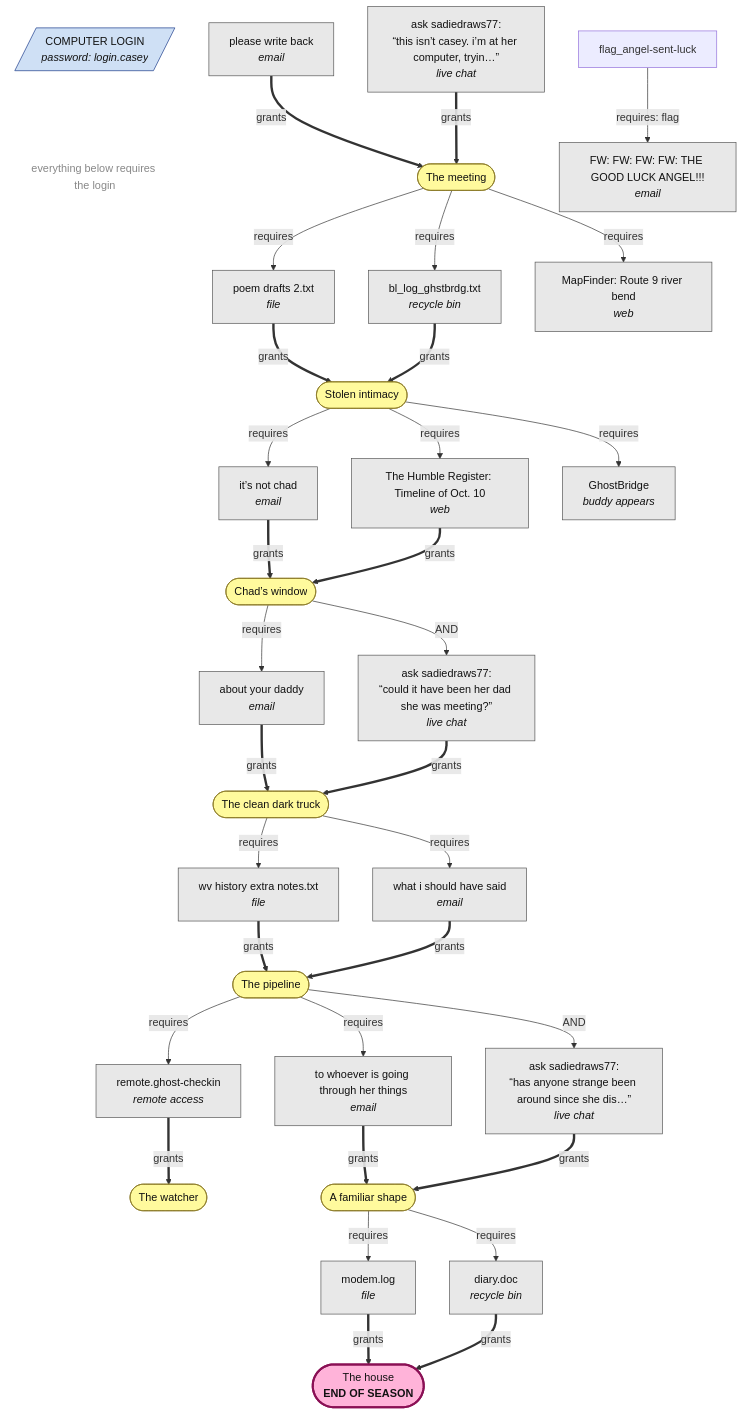
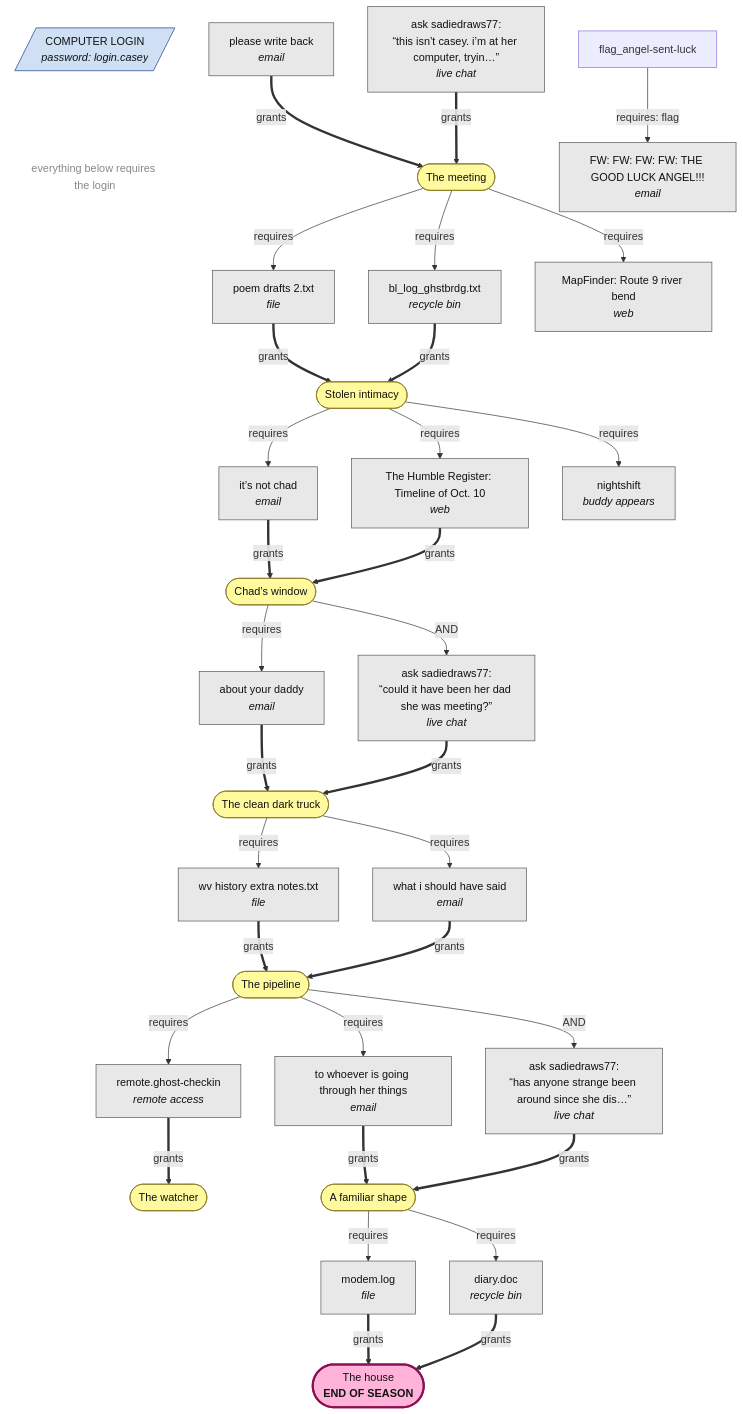
Before and after one commit to adamthedorsey/last-login: the diagram in docs/clue-graph.md, drawn with Mermaid. The commit also changed 9 other files, not shown here.

First line of the commit message:
GhostBridge becomes nightshift, everywhere

````diff
--- a/docs/clue-graph.md
+++ b/docs/clue-graph.md
@@ -9,67 +9,67 @@
 ```mermaid
 flowchart TD
   classDef discovery fill:#fffa9d,stroke:#887722,color:#111
   classDef finale fill:#ffb3d9,stroke:#8a1055,color:#111,stroke-width:3px
   classDef item fill:#e8e8e8,stroke:#555,color:#111
   classDef locked fill:#cfe0f5,stroke:#1a3a8a,color:#111
   classDef note fill:none,stroke:none,color:#888
   login[/"COMPUTER LOGIN<br/><i>password: login.casey</i>"/]:::locked
   login ~~~ loginNote["everything below requires the login"]:::note
   d_the_meeting(["The meeting"]):::discovery
   d_stolen_intimacy(["Stolen intimacy"]):::discovery
   d_chads_window(["Chad’s window"]):::discovery
   d_the_clean_truck(["The clean dark truck"]):::discovery
   d_the_pipeline(["The pipeline"]):::discovery
   d_the_watcher(["The watcher"]):::discovery
   d_who_shaped(["A familiar shape"]):::discovery
   d_the_house(["The house<br/><b>END OF SEASON</b>"]):::finale
   i_file_ledger_copy["wv history extra notes.txt<br/><i>file</i>"]:::item
   i_file_ledger_copy ==>|grants| d_the_pipeline
   d_the_clean_truck -->|requires| i_file_ledger_copy
   i_file_gb_log_oct8["poem drafts 2.txt<br/><i>file</i>"]:::item
   i_file_gb_log_oct8 ==>|grants| d_stolen_intimacy
   d_the_meeting -->|requires| i_file_gb_log_oct8
   i_file_modem_log["modem.log<br/><i>file</i>"]:::item
   i_file_modem_log ==>|grants| d_the_house
   d_who_shaped -->|requires| i_file_modem_log
   i_email_sadie_please["please write back<br/><i>email</i>"]:::item
   i_email_sadie_please ==>|grants| d_the_meeting
   i_email_angel_chain2["FW: FW: FW: FW: THE GOOD LUCK ANGEL!!!<br/><i>email</i>"]:::item
   flag_angel-sent-luck -->|requires: flag| i_email_angel_chain2
   i_email_sadie_notchad["it’s not chad<br/><i>email</i>"]:::item
   i_email_sadie_notchad ==>|grants| d_chads_window
   d_stolen_intimacy -->|requires| i_email_sadie_notchad
   i_email_ruth_yourdad["about your daddy<br/><i>email</i>"]:::item
   i_email_ruth_yourdad ==>|grants| d_the_clean_truck
   d_chads_window -->|requires| i_email_ruth_yourdad
   i_email_sam_plain["what i should have said<br/><i>email</i>"]:::item
   i_email_sam_plain ==>|grants| d_the_pipeline
   d_the_clean_truck -->|requires| i_email_sam_plain
   i_email_rebecca["to whoever is going through her things<br/><i>email</i>"]:::item
   i_email_rebecca ==>|grants| d_who_shaped
   d_the_pipeline -->|requires| i_email_rebecca
   i_trash_bl_log["bl_log_ghstbrdg.txt<br/><i>recycle bin</i>"]:::item
   i_trash_bl_log ==>|grants| d_stolen_intimacy
   d_the_meeting -->|requires| i_trash_bl_log
   i_trash_diary["diary.doc<br/><i>recycle bin</i>"]:::item
   i_trash_diary ==>|grants| d_the_house
   d_who_shaped -->|requires| i_trash_diary
   i_web_register_timeline["The Humble Register: Timeline of Oct. 10<br/><i>web</i>"]:::item
   i_web_register_timeline ==>|grants| d_chads_window
   d_stolen_intimacy -->|requires| i_web_register_timeline
   i_web_mapfinder_bend["MapFinder: Route 9 river bend<br/><i>web</i>"]:::item
   d_the_meeting -->|requires| i_web_mapfinder_bend
-  b_GhostBridge["GhostBridge<br/><i>buddy appears</i>"]:::item
-  d_stolen_intimacy -->|requires| b_GhostBridge
+  b_nightshift["nightshift<br/><i>buddy appears</i>"]:::item
+  d_stolen_intimacy -->|requires| b_nightshift
   c_sadiedraws77_intro["ask sadiedraws77:<br/>“this isn’t casey. i’m at her computer, tryin…”<br/><i>live chat</i>"]:::item
   c_sadiedraws77_intro ==>|grants| d_the_meeting
   c_sadiedraws77_frank["ask sadiedraws77:<br/>“could it have been her dad she was meeting?”<br/><i>live chat</i>"]:::item
   c_sadiedraws77_frank ==>|grants| d_the_clean_truck
   d_chads_window -->|AND| c_sadiedraws77_frank
   c_sadiedraws77_vigil["ask sadiedraws77:<br/>“has anyone strange been around since she dis…”<br/><i>live chat</i>"]:::item
   c_sadiedraws77_vigil ==>|grants| d_who_shaped
   d_the_pipeline -->|AND| c_sadiedraws77_vigil
   r_remote_ghost_checkin["remote.ghost-checkin<br/><i>remote access</i>"]:::item
   r_remote_ghost_checkin ==>|grants| d_the_watcher
   d_the_pipeline -->|requires| r_remote_ghost_checkin
 ```
````
